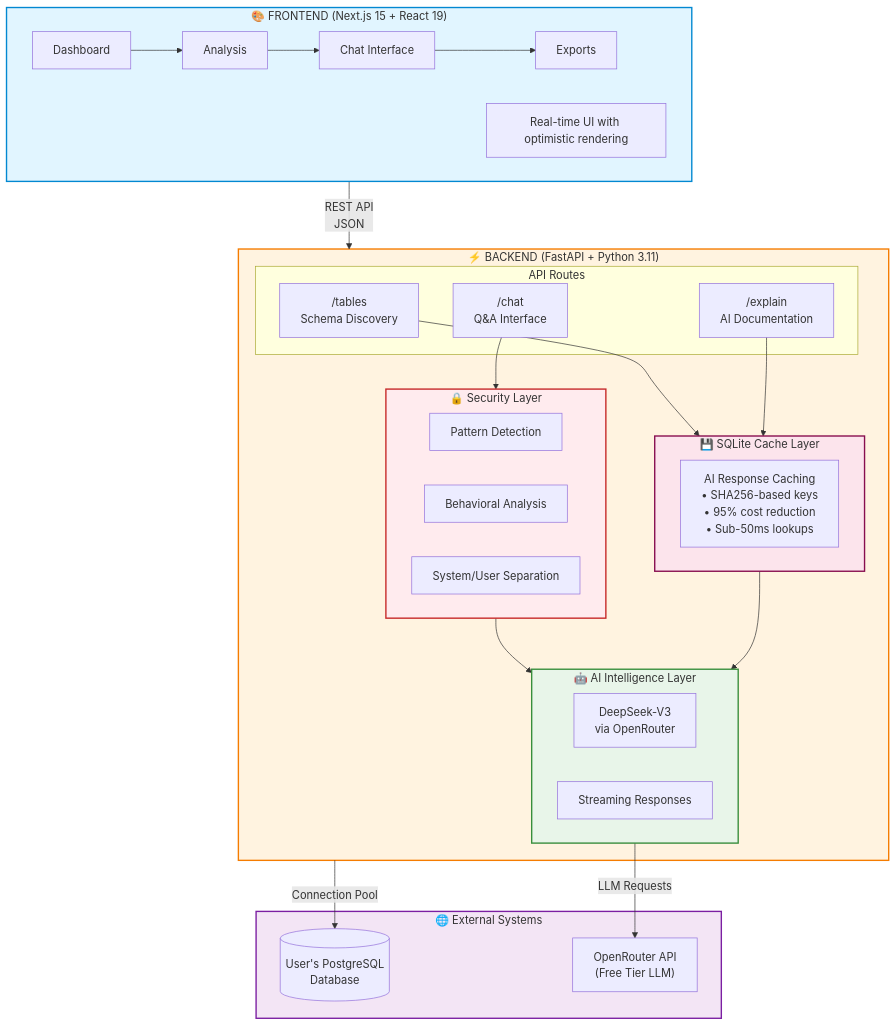
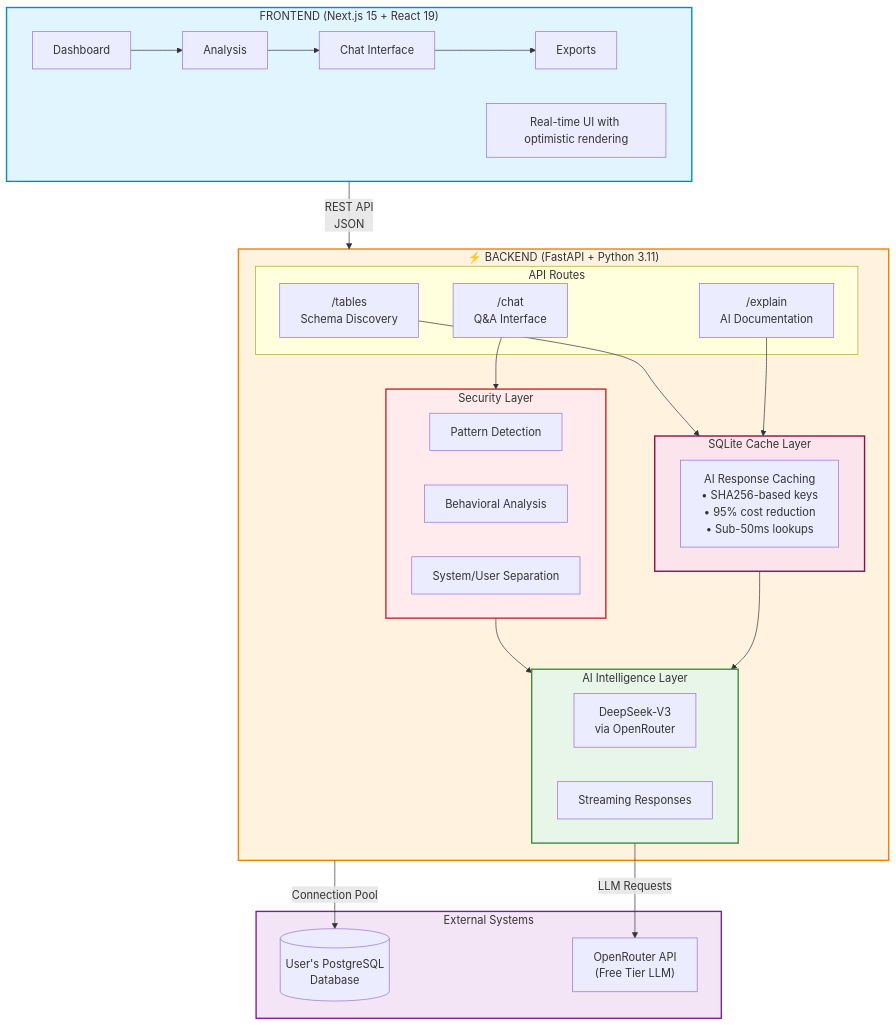
Before and after one commit to amitdevx/portfolio: the first of 4 diagrams in src/content/posts/schemasense.mdx, drawn with Mermaid. The commit also changed other lines of this file and 8 other files, not shown here.

````diff
--- a/src/content/posts/schemasense.mdx
+++ b/src/content/posts/schemasense.mdx
@@ -37,58 +37,58 @@
 ```mermaid
 graph TB
-    subgraph Frontend["🎨 FRONTEND (Next.js 15 + React 19)"]
+    subgraph Frontend[" FRONTEND (Next.js 15 + React 19)"]
         Dashboard[Dashboard]
         Analysis[Analysis]
         Chat[Chat Interface]
         Exports[Exports]
         Dashboard --> Analysis
         Analysis --> Chat
         Chat --> Exports
         UI[Real-time UI with optimistic rendering]
     end
 
     subgraph Backend["⚡ BACKEND (FastAPI + Python 3.11)"]
         subgraph Routes["API Routes"]
             TablesRoute["/tables<br/>Schema Discovery"]
             ChatRoute["/chat<br/>Q&A Interface"]
             ExplainRoute["/explain<br/>AI Documentation"]
         end
         
-        subgraph AILayer["🤖 AI Intelligence Layer"]
+        subgraph AILayer[" AI Intelligence Layer"]
             DeepSeek["DeepSeek-V3<br/>via OpenRouter"]
             Streaming["Streaming Responses"]
         end
         
-        subgraph Security["🔒 Security Layer"]
+        subgraph Security[" Security Layer"]
             PatternDetection["Pattern Detection"]
             BehavioralAnalysis["Behavioral Analysis"]
             MessageSeparation["System/User Separation"]
         end
         
-        subgraph Cache["💾 SQLite Cache Layer"]
+        subgraph Cache[" SQLite Cache Layer"]
             CacheDB["AI Response Caching<br/>• SHA256-based keys<br/>• 95% cost reduction<br/>• Sub-50ms lookups"]
         end
         
         TablesRoute --> Cache
         ChatRoute --> Security
         ExplainRoute --> Cache
         Security --> AILayer
         Cache --> AILayer
     end
 
-    subgraph External["🌐 External Systems"]
+    subgraph External[" External Systems"]
         UserDB[(User's PostgreSQL<br/>Database)]
         OpenRouter["OpenRouter API<br/>(Free Tier LLM)"]
     end
 
     Frontend -->|REST API<br/>JSON| Backend
     Backend -->|Connection Pool| UserDB
     AILayer -->|LLM Requests| OpenRouter
 
     style Frontend fill:#e1f5ff,stroke:#0288d1,stroke-width:2px
     style Backend fill:#fff3e0,stroke:#f57c00,stroke-width:2px
     style External fill:#f3e5f5,stroke:#7b1fa2,stroke-width:2px
     style AILayer fill:#e8f5e9,stroke:#388e3c,stroke-width:2px
     style Security fill:#ffebee,stroke:#c62828,stroke-width:2px
     style Cache fill:#fce4ec,stroke:#880e4f,stroke-width:2px
 ```
````
